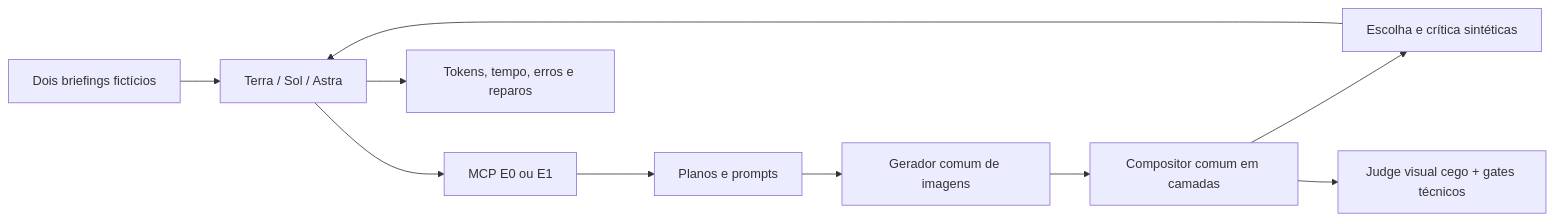
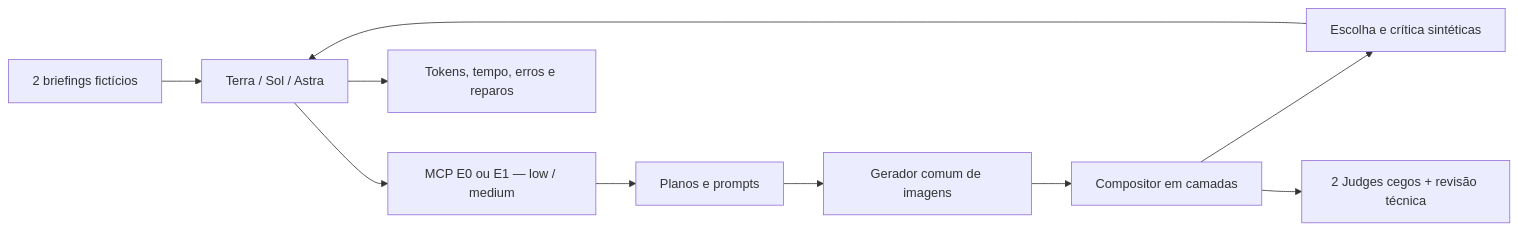
One commit to MathBorgess/compor changed the diagram in docs/evals/model-efficiency/README.md. Above: the diagram before and after it, drawn with Mermaid. The commit also changed other lines of this file and 2100 other files, not shown here.

````diff
--- a/docs/evals/model-efficiency/README.md
+++ b/docs/evals/model-efficiency/README.md
@@ -5,12 +7,12 @@
 ```mermaid
 flowchart LR
-    C[Dois briefings fictícios] --> M[Terra / Sol / Astra]
-    M --> T[MCP E0 ou E1]
+    C[2 briefings fictícios] --> M[Terra / Sol / Astra]
+    M --> T[MCP E0 ou E1 — low / medium]
     T --> P[Planos e prompts]
     P --> I[Gerador comum de imagens]
-    I --> R[Compositor comum em camadas]
+    I --> R[Compositor em camadas]
     R --> F[Escolha e crítica sintéticas]
     F --> M
-    R --> J[Judge visual cego + gates técnicos]
+    R --> J[2 Judges cegos + revisão técnica]
     M --> U[Tokens, tempo, erros e reparos]
 ```
````
